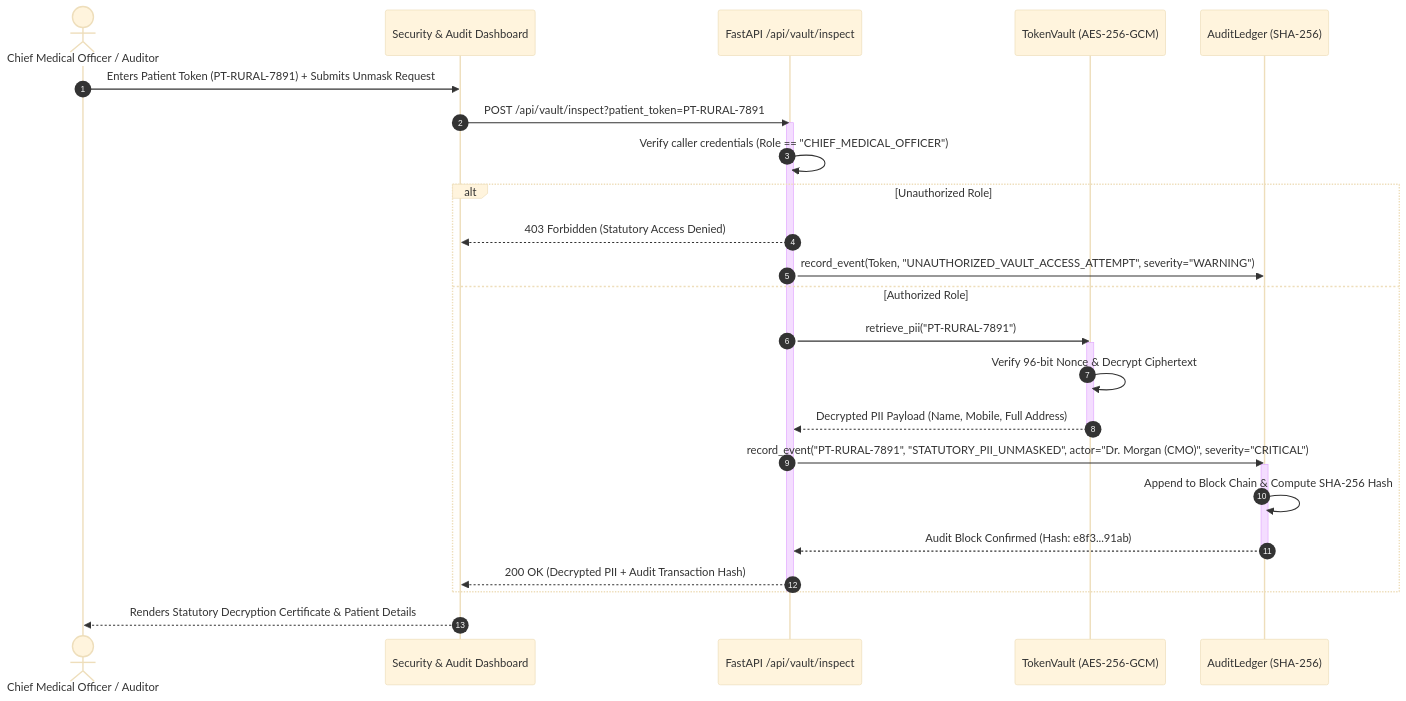
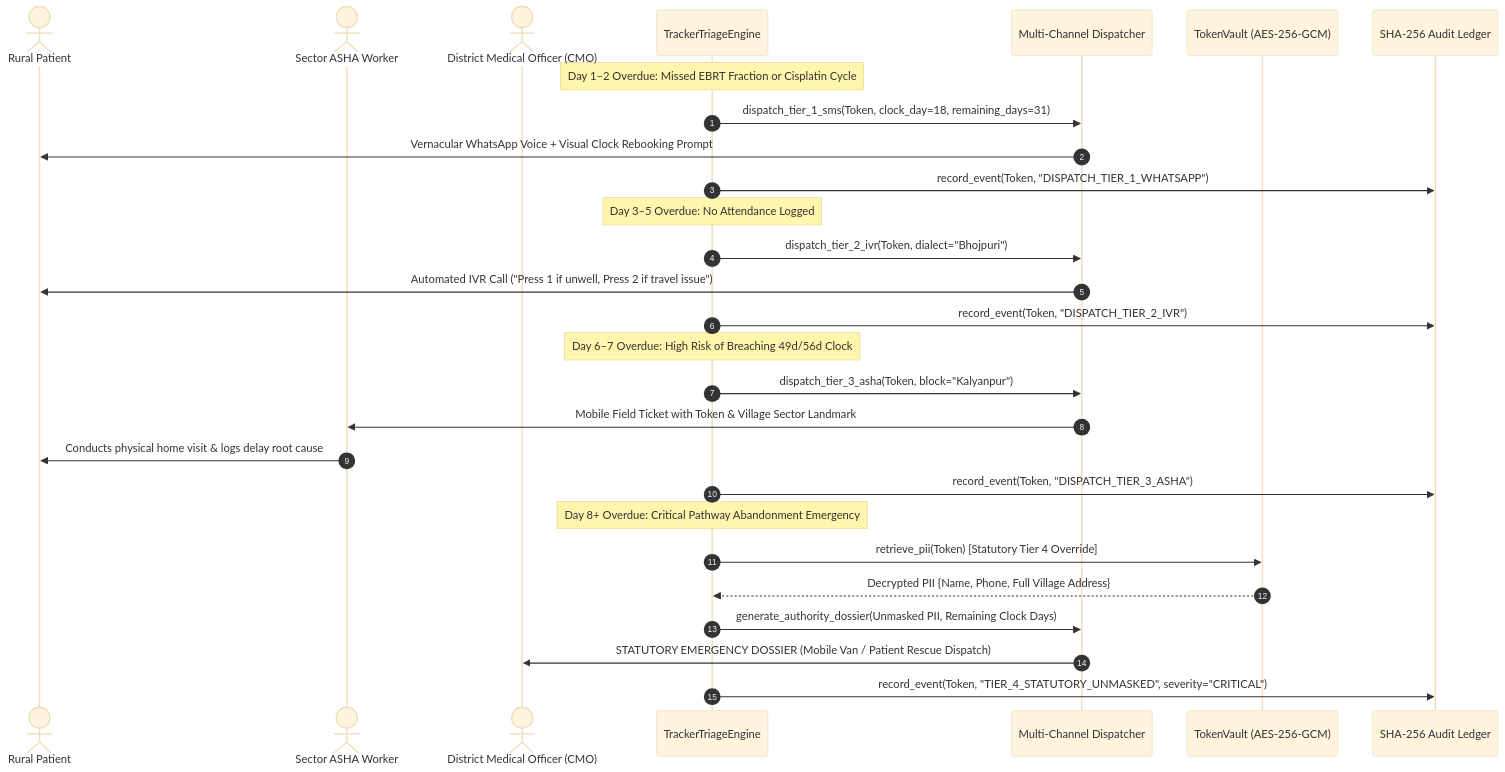
One commit to ihatecoding01/CerviSetu changed the sixth of 7 diagrams in docs/SYSTEM_ARCHITECTURE_AND_FEATURES.md. Above: the diagram before and after it, drawn with Mermaid (base theme). The commit also changed other lines of this file and 1 other file, not shown here.

Commit message:
docs: refine CerviSetu v2.0 architecture and feature specification with valid Mermaid blocks and data schemas

````diff
--- a/docs/SYSTEM_ARCHITECTURE_AND_FEATURES.md
+++ b/docs/SYSTEM_ARCHITECTURE_AND_FEATURES.md
@@ -547,35 +452,34 @@
 ```mermaid
 sequenceDiagram
     autonumber
-    actor CMO as Chief Medical Officer / Auditor
-    participant UI as Security & Audit Dashboard
-    participant API as FastAPI /api/vault/inspect
+    actor Patient as Rural Patient
+    actor ASHA as Sector ASHA Worker
+    actor CMO as District Medical Officer (CMO)
+    participant Tracker as TrackerTriageEngine
+    participant Dispatcher as Multi-Channel Dispatcher
     participant Vault as TokenVault (AES-256-GCM)
-    participant Ledger as AuditLedger (SHA-256)
+    participant Ledger as SHA-256 Audit Ledger
 
-    CMO->>UI: Enters Patient Token (PT-RURAL-7891) + Submits Unmask Request
-    UI->>API: POST /api/vault/inspect?patient_token=PT-RURAL-7891
-    activate API
-    API->>API: Verify caller credentials (Role == "CHIEF_MEDICAL_OFFICER")
-    
-    alt Unauthorized Role
-        API-->>UI: 403 Forbidden (Statutory Access Denied)
-        API->>Ledger: record_event(Token, "UNAUTHORIZED_VAULT_ACCESS_ATTEMPT", severity="WARNING")
-    else Authorized Role
-        API->>Vault: retrieve_pii("PT-RURAL-7891")
-        activate Vault
-        Vault->>Vault: Verify 96-bit Nonce & Decrypt Ciphertext
-        Vault-->>API: Decrypted PII Payload (Name, Mobile, Full Address)
-        deactivate Vault
+    Note over Tracker: Day 1–2 Overdue: Missed EBRT Fraction or Cisplatin Cycle
+    Tracker->>Dispatcher: dispatch_tier_1_sms(Token, clock_day=18, remaining_days=31)
+    Dispatcher->>Patient: Vernacular WhatsApp Voice + Visual Clock Rebooking Prompt
+    Tracker->>Ledger: record_event(Token, "DISPATCH_TIER_1_WHATSAPP")
 
-        API->>Ledger: record_event("PT-RURAL-7891", "STATUTORY_PII_UNMASKED", actor="Dr. Morgan (CMO)", severity="CRITICAL")
-        activate Ledger
-        Ledger->>Ledger: Append to Block Chain & Compute SHA-256 Hash
-        Ledger-->>API: Audit Block Confirmed (Hash: e8f3...91ab)
-        deactivate Ledger
+    Note over Tracker: Day 3–5 Overdue: No Attendance Logged
+    Tracker->>Dispatcher: dispatch_tier_2_ivr(Token, dialect="Bhojpuri")
+    Dispatcher->>Patient: Automated IVR Call ("Press 1 if unwell, Press 2 if travel issue")
+    Tracker->>Ledger: record_event(Token, "DISPATCH_TIER_2_IVR")
 
-        API-->>UI: 200 OK (Decrypted PII + Audit Transaction Hash)
-    end
-    deactivate API
-    UI-->>CMO: Renders Statutory Decryption Certificate & Patient Details
+    Note over Tracker: Day 6–7 Overdue: High Risk of Breaching 49d/56d Clock
+    Tracker->>Dispatcher: dispatch_tier_3_asha(Token, block="Kalyanpur")
+    Dispatcher->>ASHA: Mobile Field Ticket with Token & Village Sector Landmark
+    ASHA->>Patient: Conducts physical home visit & logs delay root cause
+    Tracker->>Ledger: record_event(Token, "DISPATCH_TIER_3_ASHA")
+
+    Note over Tracker: Day 8+ Overdue: Critical Pathway Abandonment Emergency
+    Tracker->>Vault: retrieve_pii(Token) [Statutory Tier 4 Override]
+    Vault-->>Tracker: Decrypted PII {Name, Phone, Full Village Address}
+    Tracker->>Dispatcher: generate_authority_dossier(Unmasked PII, Remaining Clock Days)
+    Dispatcher->>CMO: STATUTORY EMERGENCY DOSSIER (Mobile Van / Patient Rescue Dispatch)
+    Tracker->>Ledger: record_event(Token, "TIER_4_STATUTORY_UNMASKED", severity="CRITICAL")
 ```
````
